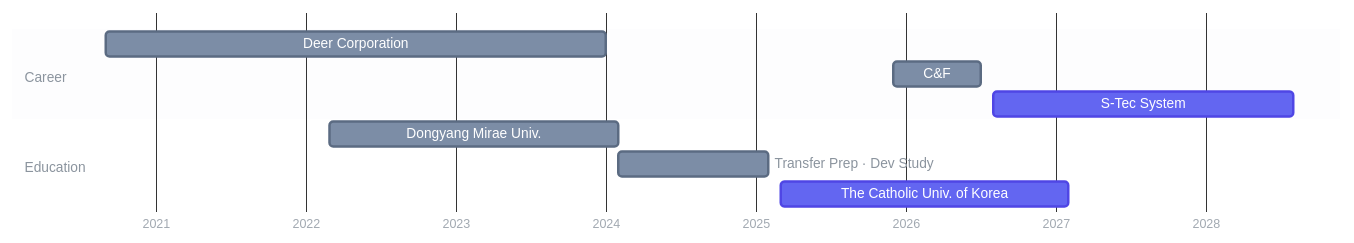
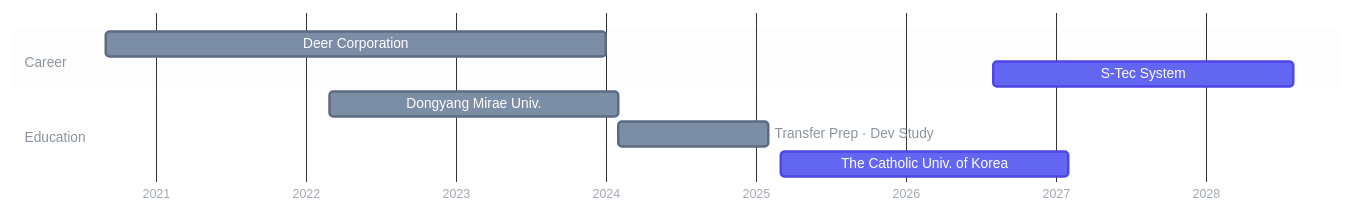
Before and after one commit to Hwasowl/Hwasowl: the diagram in README.md, drawn with Mermaid. The commit also changed other lines of this file, not shown here.

````diff
--- a/README.md
+++ b/README.md
@@ -15,32 +15,31 @@
 ```mermaid
 %%{init: {'theme':'base', 'themeVariables': {
   'fontFamily': '-apple-system, Segoe UI, sans-serif',
   'sectionBkgColor': 'rgba(139,148,158,0.08)',
   'altSectionBkgColor': 'rgba(139,148,158,0.02)',
   'gridColor': 'rgba(139,148,158,0.35)',
   'doneTaskBkgColor': '#7C8DA6',
   'doneTaskBorderColor': '#5B6B82',
   'activeTaskBkgColor': '#6366F1',
   'activeTaskBorderColor': '#4F46E5',
   'taskTextColor': '#FFFFFF',
   'taskTextDarkColor': '#FFFFFF',
   'taskTextLightColor': '#FFFFFF',
   'taskTextOutsideColor': '#8B949E',
   'sectionTitleColor': '#8B949E',
   'titleColor': '#8B949E',
   'textColor': '#8B949E',
   'todayLineColor': '#F43F5E'
 }}}%%
 gantt
     dateFormat YYYY-MM
     axisFormat %Y
     tickInterval 1year
     section Career
     Deer Corporation  :done,   2020-09, 2024-01
-    C&F                          :done,   2025-12, 2026-07
     S-Tec System             :active, 2026-08, 2028-08
     section Education
     Dongyang Mirae Univ. :done,   2022-03, 2024-02
     Transfer Prep · Dev Study                   :done,   2024-02, 2025-02
     The Catholic Univ. of Korea    :active, 2025-03, 2027-02
 ```
````
